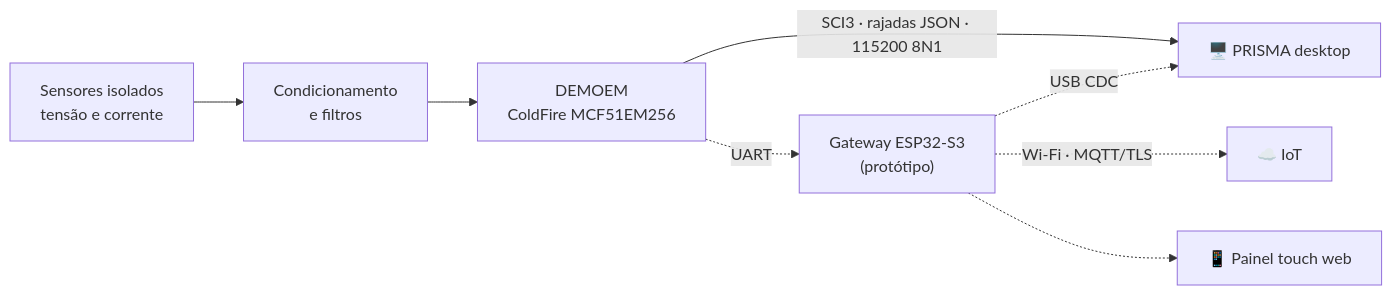
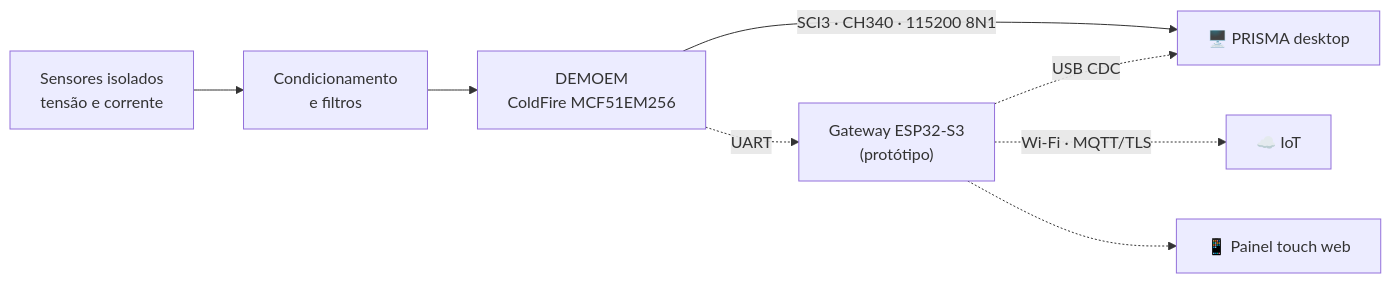
One commit to frahncky/PRISMA changed the diagram in README.md. Above: the diagram before and after it, drawn with Mermaid. The commit also changed other lines of this file, not shown here.

````diff
--- a/README.md
+++ b/README.md
@@ -123,10 +134,10 @@
 ```mermaid
 flowchart LR
     S["Sensores isolados<br/>tensão e corrente"] --> A["Condicionamento<br/>e filtros"]
     A --> B["DEMOEM<br/>ColdFire MCF51EM256"]
-    B -->|"SCI3 · rajadas JSON · 115200 8N1"| P["🖥️ PRISMA desktop"]
+    B -->|"SCI3 · CH340 · 115200 8N1"| P["🖥️ PRISMA desktop"]
     B -.->|"UART"| G["Gateway ESP32-S3<br/>(protótipo)"]
     G -.->|"USB CDC"| P
     G -.->|"Wi-Fi · MQTT/TLS"| I["☁️ IoT"]
     G -.-> H["📱 Painel touch web"]
 ```
````
